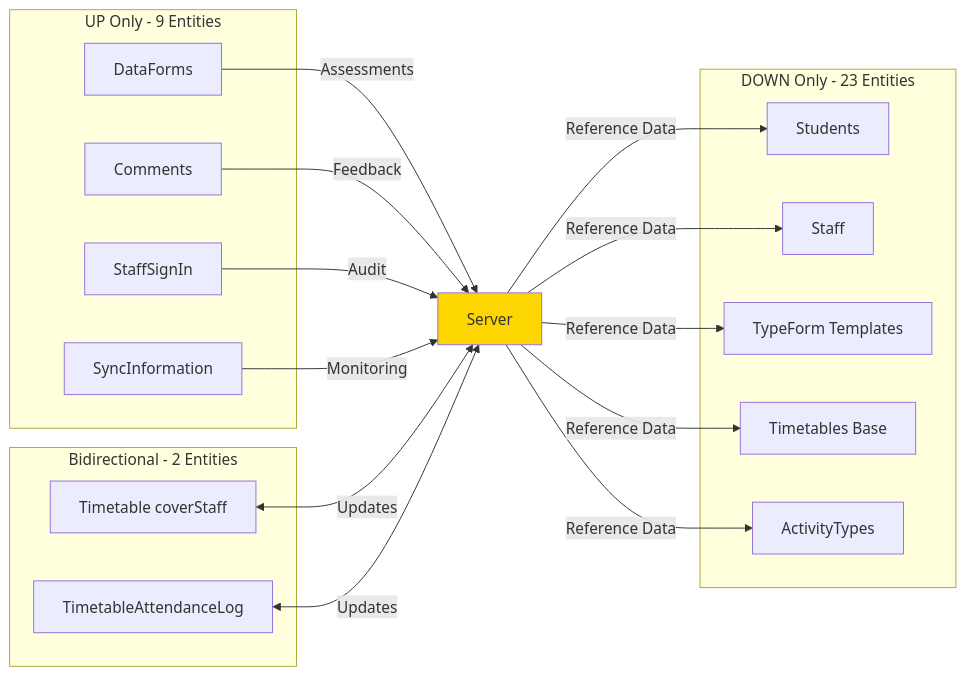
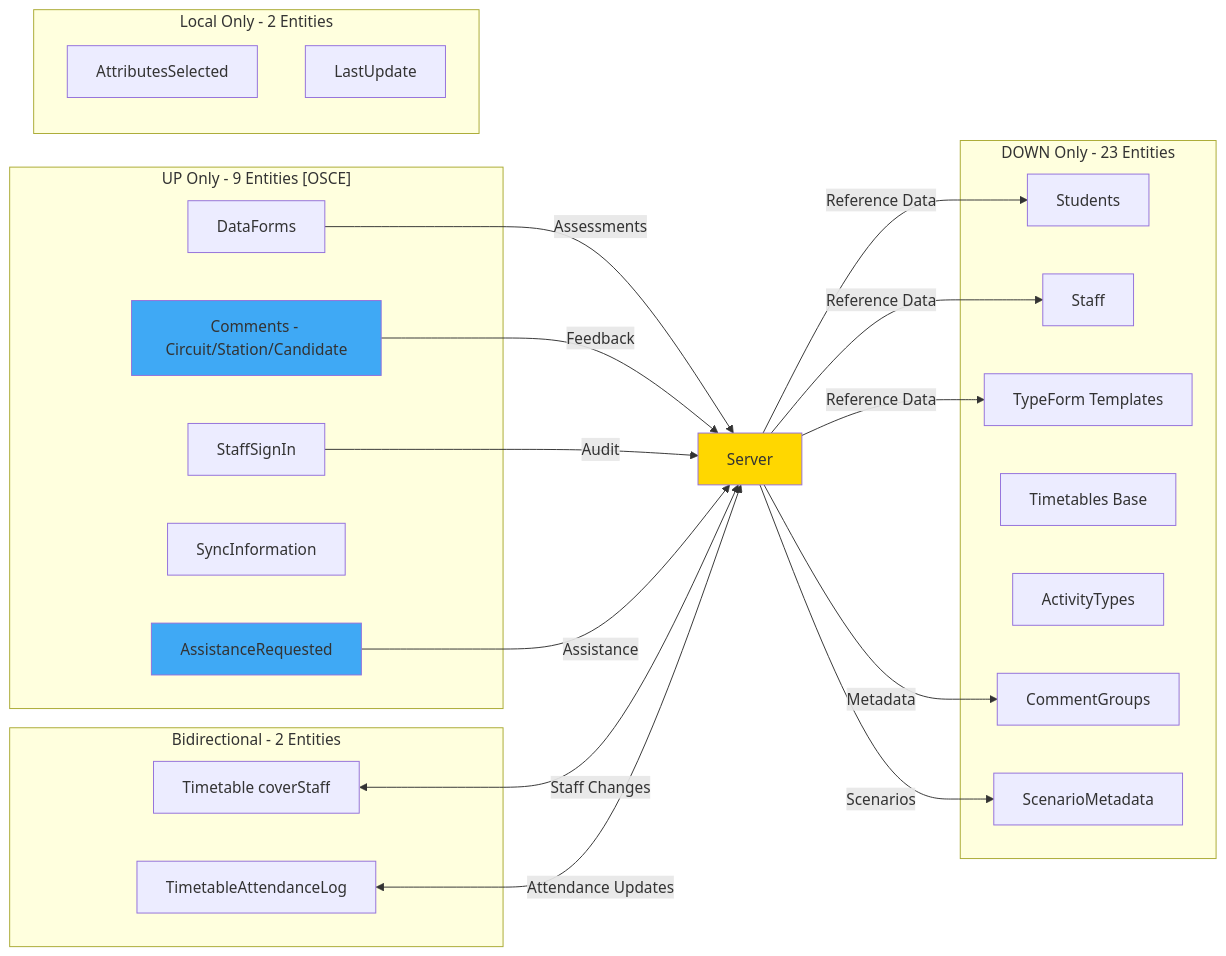
The second of 5 diagrams in sync-architecture.md (DanSmithTII/ipad-documentation), drawn with Mermaid before and after one commit. The commit also changed other lines of this file, not shown here.

First line of the commit message:
Enhance sync-architecture.md with app-specific details

````diff
--- a/sync-architecture.md
+++ b/sync-architecture.md
@@ -84,38 +99,48 @@
 ```mermaid
 graph LR
     subgraph "DOWN Only - 23 Entities"
         A[Students]
         B[Staff]
         C[TypeForm Templates]
         D[Timetables Base]
         E[ActivityTypes]
+        F[CommentGroups]
+        G[ScenarioMetadata]
     end
 
-    subgraph "UP Only - 9 Entities"
-        F[DataForms]
-        G[Comments]
-        H[StaffSignIn]
-        I[SyncInformation]
+    subgraph "UP Only - 9 Entities [OSCE]"
+        H[DataForms]
+        I[Comments - Circuit/Station/Candidate]
+        J[StaffSignIn]
+        K[SyncInformation]
+        L[AssistanceRequested]
     end
 
     subgraph "Bidirectional - 2 Entities"
-        J[Timetable coverStaff]
-        K[TimetableAttendanceLog]
+        M[Timetable coverStaff]
+        N[TimetableAttendanceLog]
     end
 
-    L[Server] -->|Reference Data| A
-    L -->|Reference Data| B
-    L -->|Reference Data| C
-    L -->|Reference Data| D
-    L -->|Reference Data| E
+    subgraph "Local Only - 2 Entities"
+        O[AttributesSelected]
+        P[LastUpdate]
+    end
 
-    F -->|Assessments| L
-    G -->|Feedback| L
-    H -->|Audit| L
-    I -->|Monitoring| L
+    Server[Server] -->|Reference Data| A
+    Server -->|Reference Data| B
+    Server -->|Reference Data| C
+    Server -->|Metadata| F
+    Server -->|Scenarios| G
 
-    J <-->|Updates| L
-    K <-->|Updates| L
+    H -->|Assessments| Server
+    I -->|Feedback| Server
+    J -->|Audit| Server
+    L -->|Assistance| Server
 
-    style L fill:#FFD700
+    M <-->|Staff Changes| Server
+    N <-->|Attendance Updates| Server
+
+    style Server fill:#FFD700
+    style I fill:#3FA9F5
+    style L fill:#3FA9F5
 ```
````
